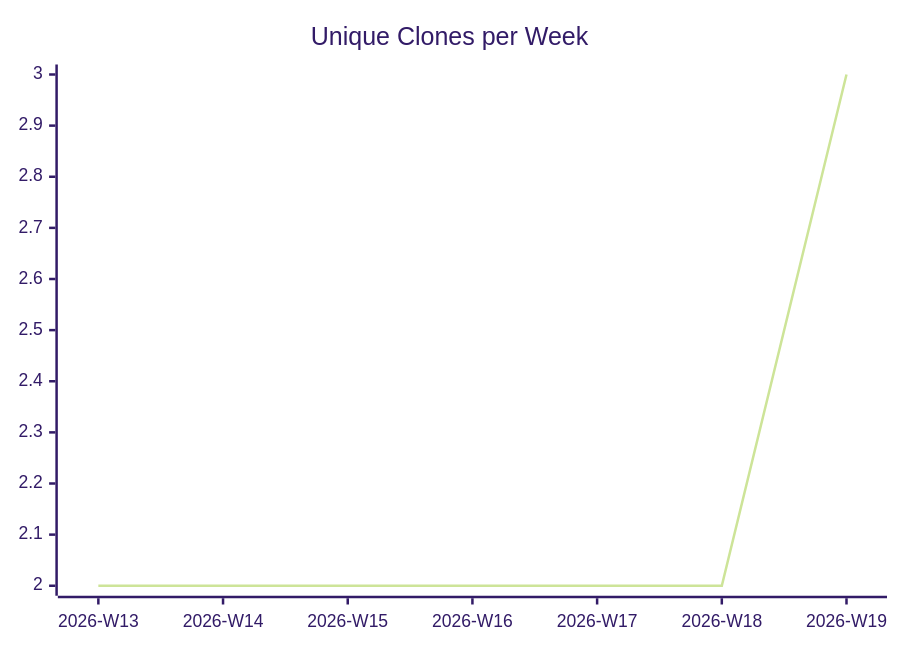
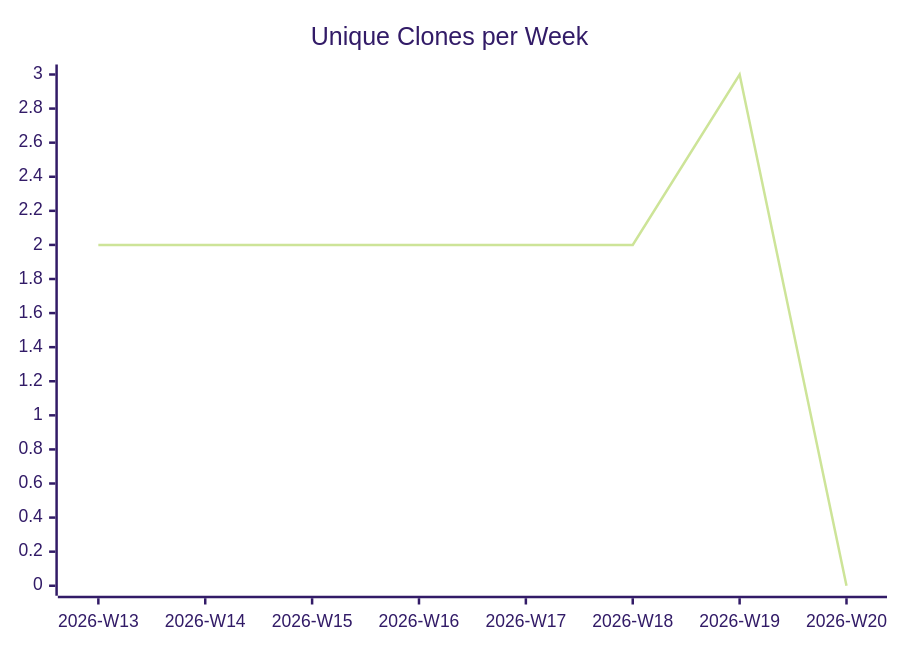
Before and after one commit to justdavis-family/github-analytics-data: the third of 3 diagrams in karlmdavis/rps-tourney/README.md, drawn with Mermaid (forest theme). The commit also changed other lines of this file and 176 other files, not shown here.

````diff
--- a/karlmdavis/rps-tourney/README.md
+++ b/karlmdavis/rps-tourney/README.md
@@ -19,6 +19,6 @@
 ```mermaid
 xychart-beta
   title "Unique Clones per Week"
-  x-axis ["2026-W13", "2026-W14", "2026-W15", "2026-W16", "2026-W17", "2026-W18", "2026-W19"]
-  line [2, 2, 2, 2, 2, 2, 3]
+  x-axis ["2026-W13", "2026-W14", "2026-W15", "2026-W16", "2026-W17", "2026-W18", "2026-W19", "2026-W20"]
+  line [2, 2, 2, 2, 2, 2, 3, 0]
 ```
````
